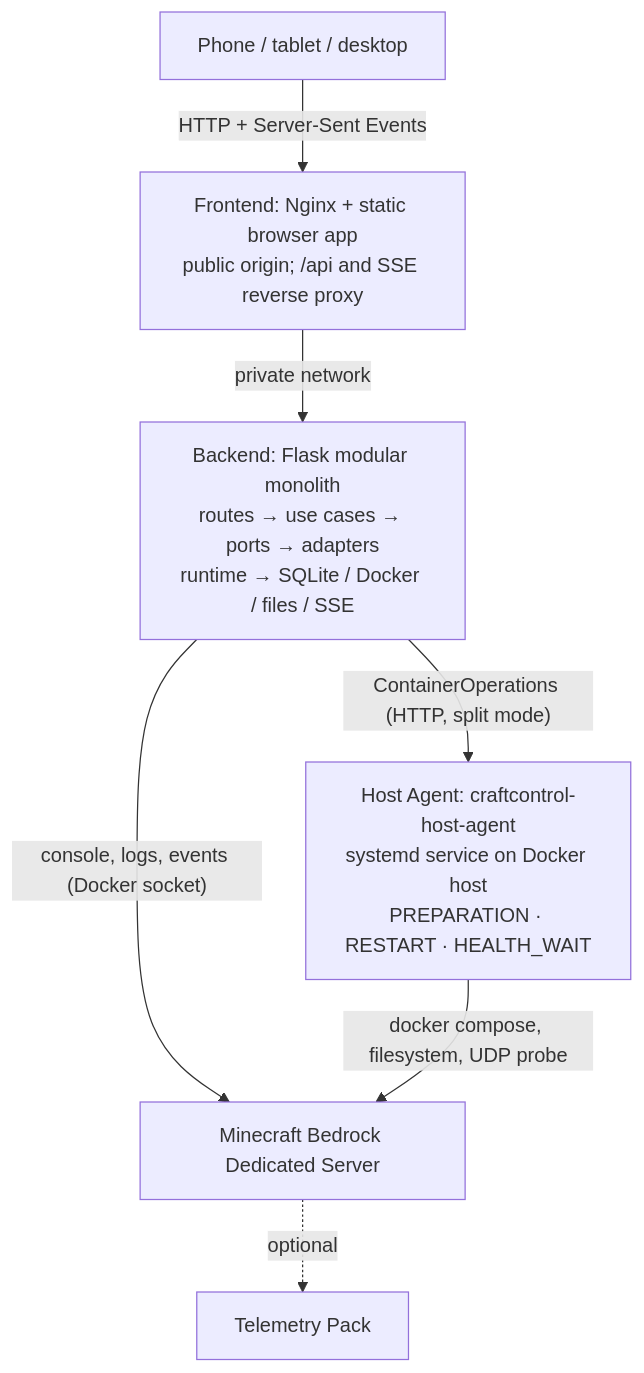
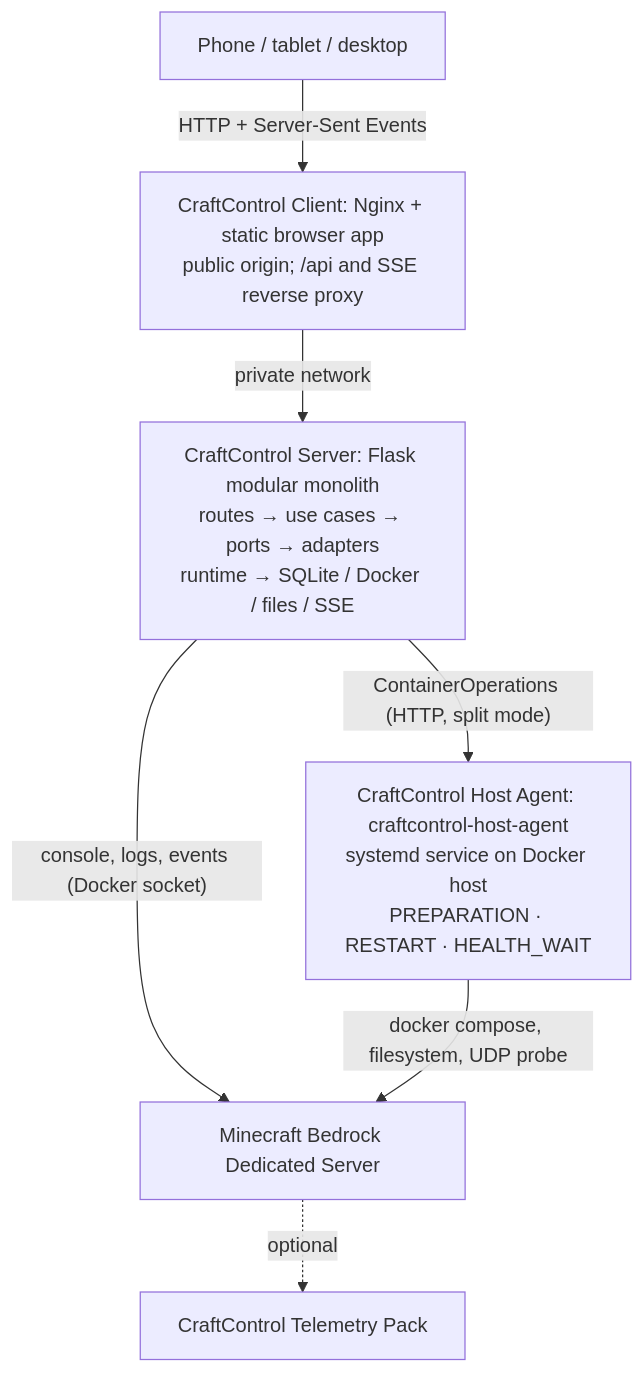
The first of 5 diagrams in docs/architecture.md (dgaramos/craftcontrol), drawn with Mermaid before and after one commit. The commit also changed other lines of this file and 11 other files, not shown here.

Commit message:
docs(architecture): standardize runtime service names (#339)

````diff
--- a/docs/architecture.md
+++ b/docs/architecture.md
@@ -7,9 +7,9 @@
 ```mermaid
 flowchart TD
-    client["Phone / tablet / desktop"] -->|"HTTP + Server-Sent Events"| frontend["Frontend: Nginx + static browser app<br/>public origin; /api and SSE reverse proxy"]
-    frontend -->|"private network"| backend["Backend: Flask modular monolith<br/>routes → use cases → ports → adapters<br/>runtime → SQLite / Docker / files / SSE"]
+    client["Phone / tablet / desktop"] -->|"HTTP + Server-Sent Events"| frontend["CraftControl Client: Nginx + static browser app<br/>public origin; /api and SSE reverse proxy"]
+    frontend -->|"private network"| backend["CraftControl Server: Flask modular monolith<br/>routes → use cases → ports → adapters<br/>runtime → SQLite / Docker / files / SSE"]
     backend -->|"console, logs, events (Docker socket)"| bedrock["Minecraft Bedrock Dedicated Server"]
-    backend -->|"ContainerOperations (HTTP, split mode)"| hostagent["Host Agent: craftcontrol-host-agent<br/>systemd service on Docker host<br/>PREPARATION · RESTART · HEALTH_WAIT"]
+    backend -->|"ContainerOperations (HTTP, split mode)"| hostagent["CraftControl Host Agent: craftcontrol-host-agent<br/>systemd service on Docker host<br/>PREPARATION · RESTART · HEALTH_WAIT"]
     hostagent -->|"docker compose, filesystem, UDP probe"| bedrock
-    bedrock -. "optional" .-> telemetry["Telemetry Pack"]
+    bedrock -. "optional" .-> telemetry["CraftControl Telemetry Pack"]
 ```
````
